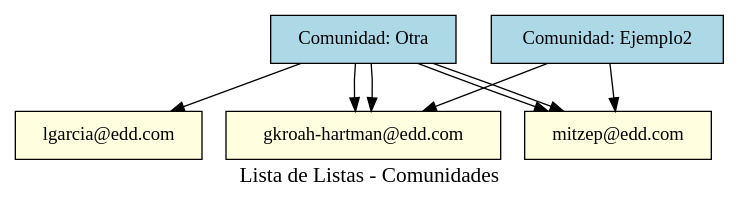
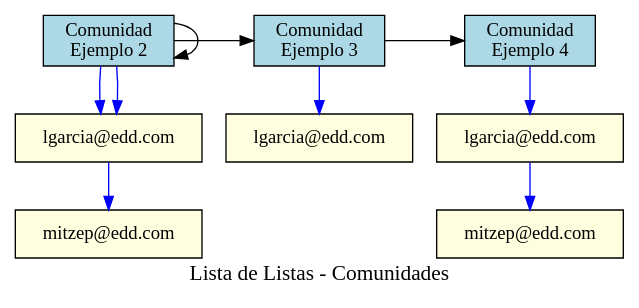
Before and after one commit to JoseArt777/-EDD-1S2025_202100305: the diagram in Fase1/src/Root-Reportes/comunidades.dot, drawn with Graphviz. The commit also changed 14 other files, not shown here.

```diff
--- a/Fase1/src/Root-Reportes/comunidades.dot
+++ b/Fase1/src/Root-Reportes/comunidades.dot
@@ -1,22 +1,26 @@
 digraph G {
     label="Lista de Listas - Comunidades";
     fontsize=16;
     node [shape=box];
-    com1 [label="Comunidad: Ejemplo", style=filled, fillcolor=lightblue];
-    user_lgarcia_edd_com [label="lgarcia@edd.com", style=filled, fillcolor=lightyellow];
-    com1 -> user_lgarcia_edd_com;
-    user_mitzep_edd_com [label="mitzep@edd.com", style=filled, fillcolor=lightyellow];
-    com1 -> user_mitzep_edd_com;
-    user_gkroah_hartman_edd_com [label="gkroah-hartman@edd.com", style=filled, fillcolor=lightyellow];
-    com1 -> user_gkroah_hartman_edd_com;
-    com1 [label="Comunidad: Otra", style=filled, fillcolor=lightblue];
-    user_gkroah_hartman_edd_com [label="gkroah-hartman@edd.com", style=filled, fillcolor=lightyellow];
-    com1 -> user_gkroah_hartman_edd_com;
-    user_mitzep_edd_com [label="mitzep@edd.com", style=filled, fillcolor=lightyellow];
-    com1 -> user_mitzep_edd_com;
-    com2 [label="Comunidad: Ejemplo2", style=filled, fillcolor=lightblue];
-    user_gkroah_hartman_edd_com [label="gkroah-hartman@edd.com", style=filled, fillcolor=lightyellow];
-    com2 -> user_gkroah_hartman_edd_com;
-    user_mitzep_edd_com [label="mitzep@edd.com", style=filled, fillcolor=lightyellow];
-    com2 -> user_mitzep_edd_com;
+    com1 [label="Comunidad\nEjemplo 1", style=filled, fillcolor=lightblue];
+    com1 [label="Comunidad\nEjemplo 2", style=filled, fillcolor=lightblue];
+    com2 [label="Comunidad\nEjemplo 3", style=filled, fillcolor=lightblue];
+    com3 [label="Comunidad\nEjemplo 4", style=filled, fillcolor=lightblue];
+    { rank=same; 
+com1; com1; com2; com3;  }
+    com1 -> com1 [color=black, constraint=false];
+    com1 -> com2 [color=black, constraint=false];
+    com2 -> com3 [color=black, constraint=false];
+    user_1_lgarcia_edd_com [label="lgarcia@edd.com", style=filled, fillcolor=lightyellow];
+    com1 -> user_1_lgarcia_edd_com [color=blue];
+    user_1_lgarcia_edd_com [label="lgarcia@edd.com", style=filled, fillcolor=lightyellow];
+    com1 -> user_1_lgarcia_edd_com [color=blue];
+    user_1_mitzep_edd_com [label="mitzep@edd.com", style=filled, fillcolor=lightyellow];
+    user_1_lgarcia_edd_com -> user_1_mitzep_edd_com [color=blue];
+    user_2_lgarcia_edd_com [label="lgarcia@edd.com", style=filled, fillcolor=lightyellow];
+    com2 -> user_2_lgarcia_edd_com [color=blue];
+    user_3_lgarcia_edd_com [label="lgarcia@edd.com", style=filled, fillcolor=lightyellow];
+    com3 -> user_3_lgarcia_edd_com [color=blue];
+    user_3_mitzep_edd_com [label="mitzep@edd.com", style=filled, fillcolor=lightyellow];
+    user_3_lgarcia_edd_com -> user_3_mitzep_edd_com [color=blue];
 }
```
